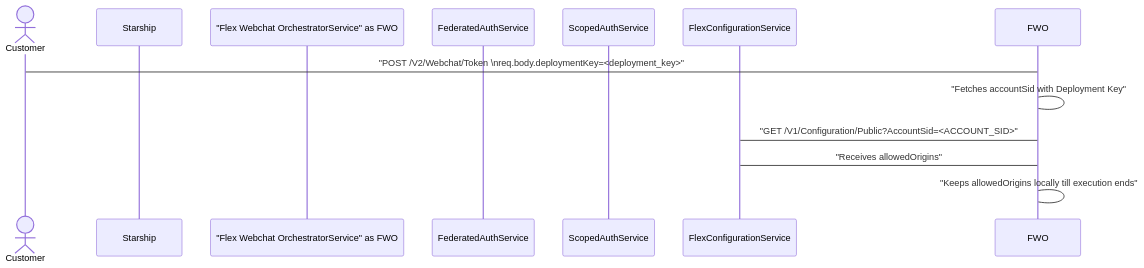
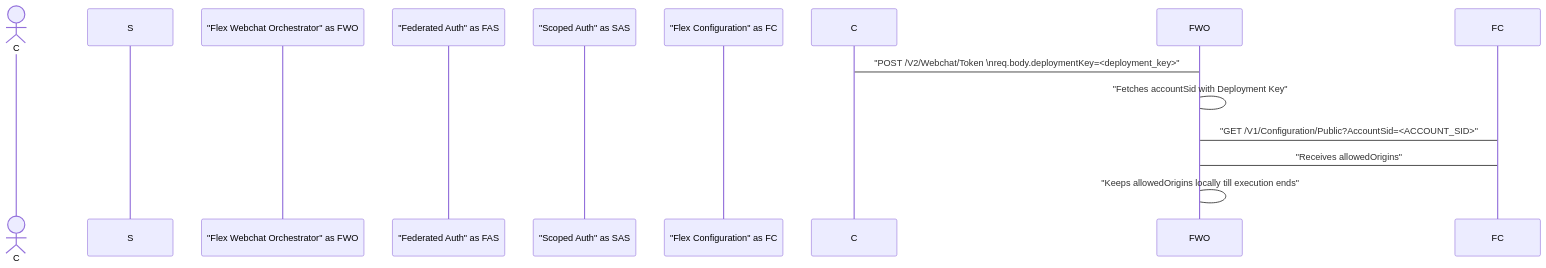
Before and after one commit to twilio/twilio-webchat-react-app: the diagram in sequence.md, drawn with Mermaid.

Commit message:
adding seq diagram

````diff
--- a/sequence.md
+++ b/sequence.md
@@ -1,20 +1,21 @@
 ```mermaid
 %% Example of sequence diagram
 sequenceDiagram
-    actor C as Customer
-    participant S as Starship
-    participant "Flex Webchat OrchestratorService" as FWO
-    participant FAS as FederatedAuthService
-    participant SAS as ScopedAuthService
-    participant FC as FlexConfigurationService
+    actor Customer as C
+    participant Starship as S
+    participant "Flex Webchat Orchestrator" as FWO
+    participant "Federated Auth" as FAS
+    participant "Scoped Auth" as SAS
+    participant "Flex Configuration" as FC
+
 
     C -> FWO : "POST /V2/Webchat/Token \nreq.body.deploymentKey=<deployment_key>"
 
     FWO -> FWO : "Fetches accountSid with Deployment Key"
     FWO -> FC : "GET /V1/Configuration/Public?AccountSid=<ACCOUNT_SID>"
 
     FC -> FWO : "Receives allowedOrigins"
 
     FWO -> FWO : "Keeps allowedOrigins locally till execution ends"
 
 ```
````
